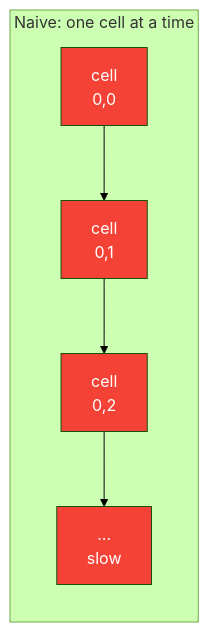
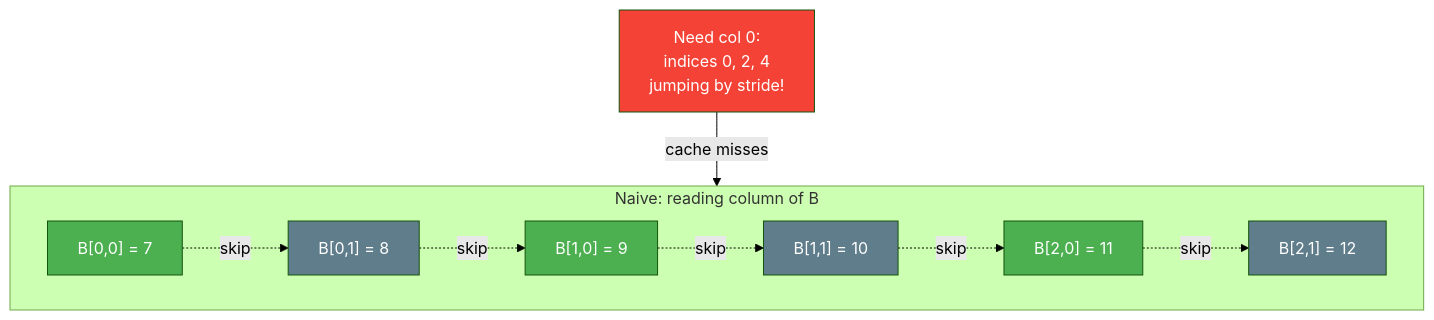
Before and after one commit to shamykyzer/ml-kernel-runtime: the fourth of 8 diagrams in README.md, drawn with Mermaid (forest theme). The commit also changed other lines of this file, not shown here.

Commit message:
better README.md layout with diagrams and explanation

````diff
--- a/README.md
+++ b/README.md
@@ -123,15 +109,23 @@
 ```mermaid
-graph LR
-    subgraph "Naive: one cell at a time"
-        N1["cell
-        0,0"] --> N2["cell
-        0,1"] --> N3["cell
-        0,2"] --> N4["...
-        slow"]
+graph TD
+    subgraph "Naive: reading column of B"
+        direction LR
+        B0["B[0,0] = 7"] -.->|"skip"| B1["B[0,1] = 8"]
+        B1 -.->|"skip"| B2["B[1,0] = 9"]
+        B2 -.->|"skip"| B3["B[1,1] = 10"]
+        B3 -.->|"skip"| B4["B[2,0] = 11"]
+        B4 -.->|"skip"| B5["B[2,1] = 12"]
     end
 
-    style N1 fill:#f44336,color:#fff
-    style N2 fill:#f44336,color:#fff
-    style N3 fill:#f44336,color:#fff
-    style N4 fill:#f44336,color:#fff
+    NEED["Need col 0:
+    indices 0, 2, 4
+    jumping by stride!"] -->|"cache misses"| B0
+
+    style NEED fill:#f44336,color:#fff
+    style B0 fill:#4CAF50,color:#fff
+    style B1 fill:#607D8B,color:#fff
+    style B2 fill:#4CAF50,color:#fff
+    style B3 fill:#607D8B,color:#fff
+    style B4 fill:#4CAF50,color:#fff
+    style B5 fill:#607D8B,color:#fff
 ```
````
